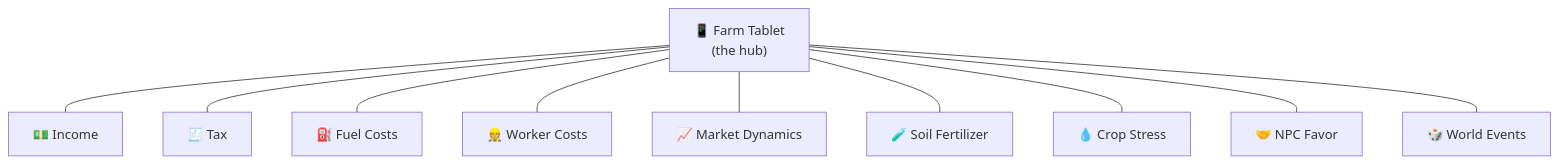
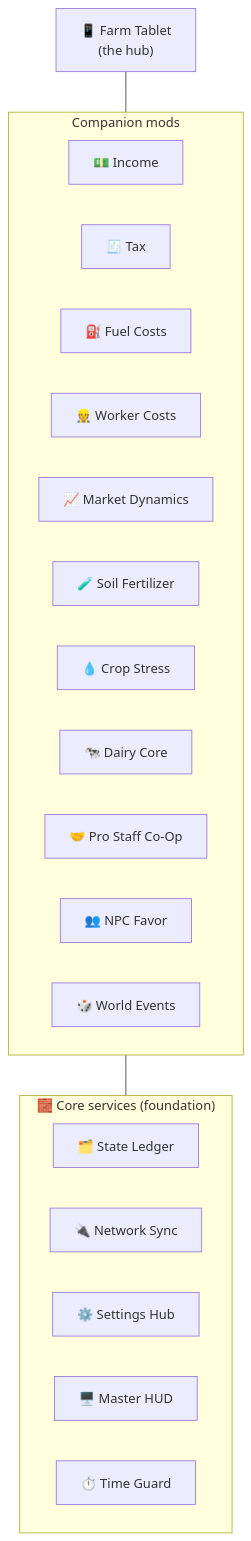
The diagram in profile/README.md (Realistic-Farming/.github), drawn with Mermaid before and after one commit. The commit also changed other lines of this file, not shown here.

````diff
--- a/profile/README.md
+++ b/profile/README.md
@@ -65,13 +86,31 @@
 ```mermaid
 flowchart TD
     T["📱 Farm Tablet<br/>(the hub)"]
-    T --- I["💵 Income"]
-    T --- X["🧾 Tax"]
-    T --- F["⛽ Fuel Costs"]
-    T --- W["👷 Worker Costs"]
-    T --- M["📈 Market Dynamics"]
-    T --- S["🧪 Soil Fertilizer"]
-    T --- C["💧 Crop Stress"]
-    T --- N["🤝 NPC Favor"]
-    T --- R["🎲 World Events"]
+
+    subgraph APPS["Companion mods"]
+        direction LR
+        I["💵 Income"]
+        X["🧾 Tax"]
+        F["⛽ Fuel Costs"]
+        W["👷 Worker Costs"]
+        M["📈 Market Dynamics"]
+        S["🧪 Soil Fertilizer"]
+        C["💧 Crop Stress"]
+        D["🐄 Dairy Core"]
+        P["🤝 Pro Staff Co-Op"]
+        N["👥 NPC Favor"]
+        R["🎲 World Events"]
+    end
+
+    subgraph CORE["🧱 Core services (foundation)"]
+        direction LR
+        SL["🗂️ State Ledger"]
+        NS["🔌 Network Sync"]
+        SH["⚙️ Settings Hub"]
+        MH["🖥️ Master HUD"]
+        TG["⏱️ Time Guard"]
+    end
+
+    T --- APPS
+    APPS --- CORE
 ```
````
